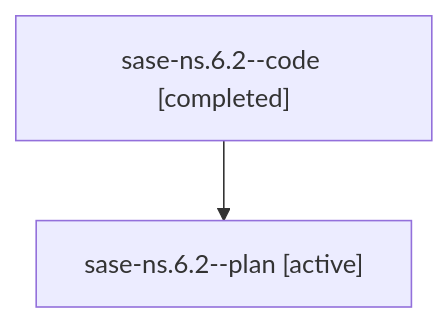
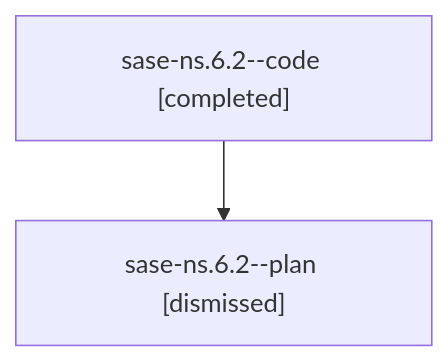
The diagram in sessions/bbugyi200.athena.sase-ns.6.2.md (sase-org/sase--agents), drawn with Mermaid before and after one commit. The commit also changed other lines of this file and 134 other files, not shown here.

````diff
--- a/sessions/bbugyi200.athena.sase-ns.6.2.md
+++ b/sessions/bbugyi200.athena.sase-ns.6.2.md
@@ -9,6 +9,6 @@
 ```mermaid
 flowchart TD
   n0["sase-ns.6.2--code [completed]"]
-  n1["sase-ns.6.2--plan [active]"]
+  n1["sase-ns.6.2--plan [dismissed]"]
   n0 --> n1
 ```
````
